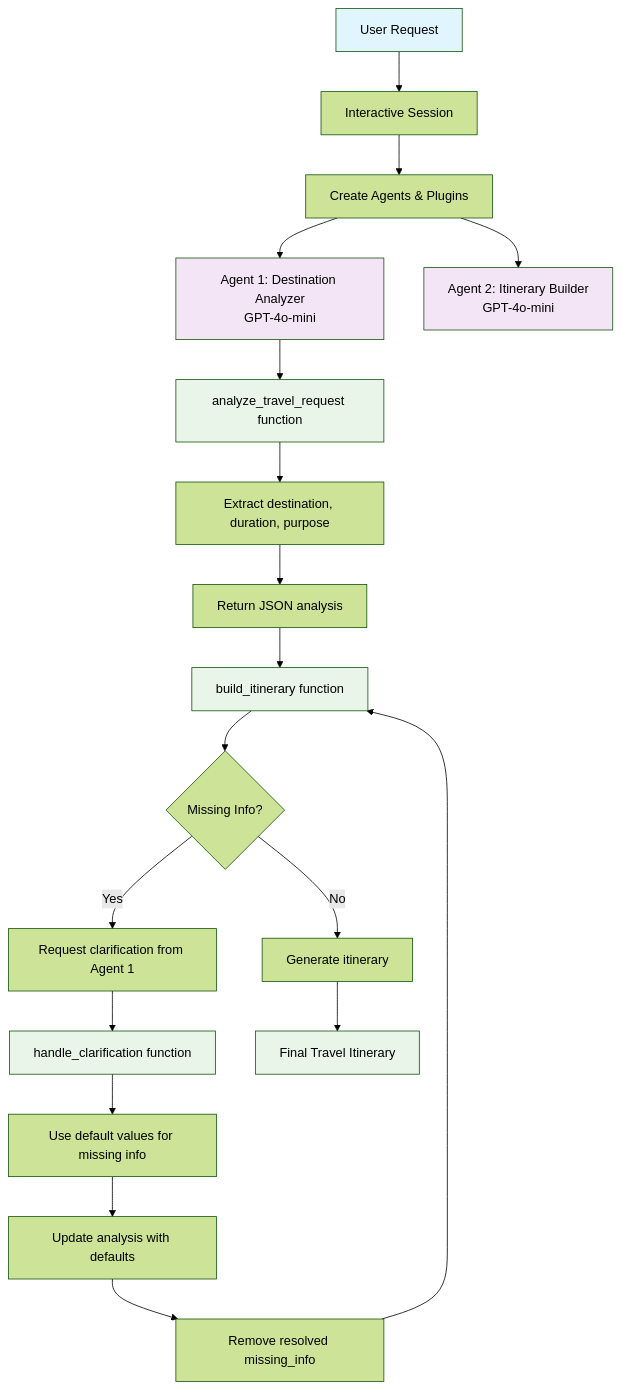
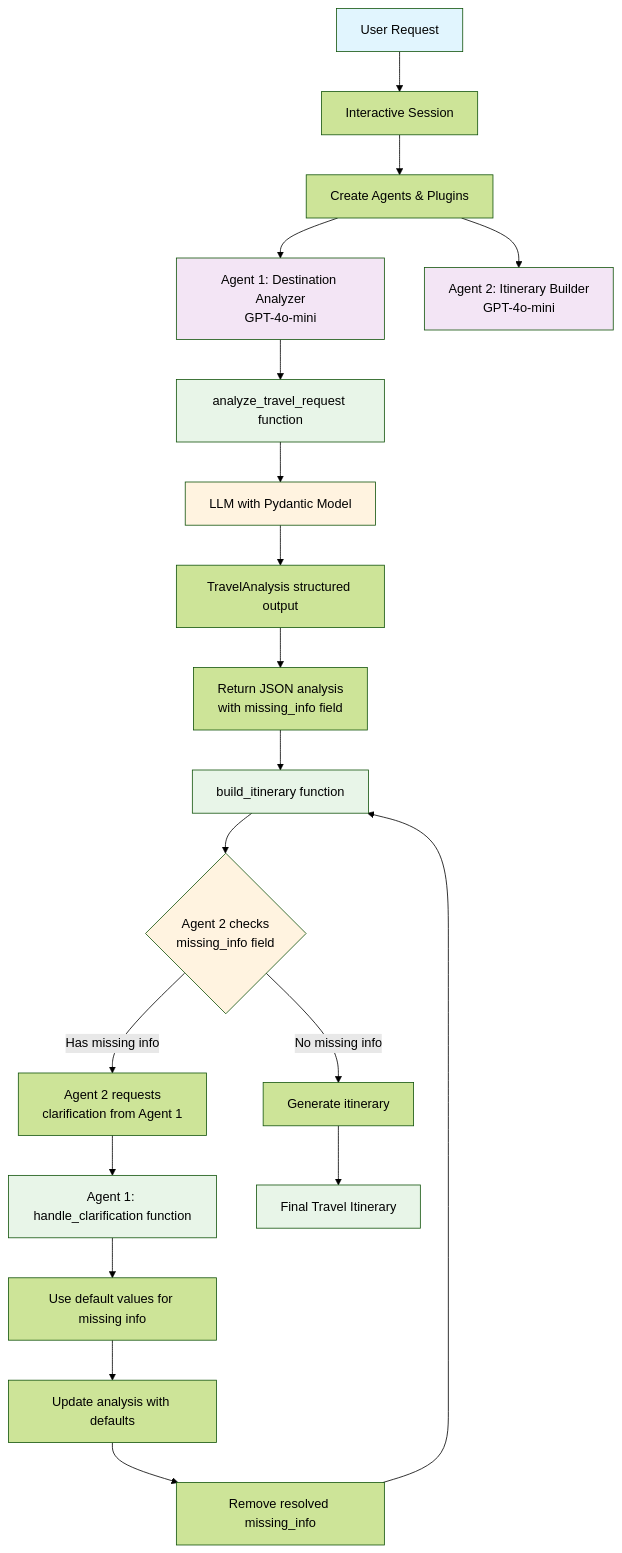
The diagram in README.md (iamask/multi-agent-travel-planner), drawn with Mermaid (forest theme) before and after one commit. The commit also changed other lines of this file and 1 other file, not shown here.

````diff
--- a/README.md
+++ b/README.md
@@ -45,37 +48,40 @@
 ```mermaid
 flowchart TD
     A[User Request] --> B[Interactive Session]
     B --> C[Create Agents & Plugins]
     C --> D[Agent 1: Destination Analyzer<br/>GPT-4o-mini]
     C --> E[Agent 2: Itinerary Builder<br/>GPT-4o-mini]
 
-        %% Agent 1 Flow
+    %% Agent 1 Flow - Analysis Only
     D --> F[analyze_travel_request function]
-    F --> G[Extract destination, duration, purpose]
-    G --> H[Return JSON analysis]
+    F --> G[LLM with Pydantic Model]
+    G --> H[TravelAnalysis structured output]
+    H --> I[Return JSON analysis<br/>with missing_info field]
 
-    %% Agent 2 Flow
-    H --> I[build_itinerary function]
-    I --> J{Missing Info?}
-    J -->|No| K[Generate itinerary]
-    J -->|Yes| L[Request clarification from Agent 1]
+    %% Agent 2 Flow - Missing Info Detection
+    I --> J[build_itinerary function]
+    J --> K{Agent 2 checks<br/>missing_info field}
+    K -->|No missing info| L[Generate itinerary]
+    K -->|Has missing info| M[Agent 2 requests<br/>clarification from Agent 1]
 
     %% Feedback Loop
-    L --> M[handle_clarification function]
-    M --> N[Use default values for missing info]
-    N --> O[Update analysis with defaults]
-    O --> P[Remove resolved missing_info]
-    P --> I
+    M --> N[Agent 1: handle_clarification function]
+    N --> O[Use default values for missing info]
+    O --> P[Update analysis with defaults]
+    P --> Q[Remove resolved missing_info]
+    Q --> J
 
     %% Complete Flow
-    K --> Q[Final Travel Itinerary]
+    L --> R[Final Travel Itinerary]
 
     %% Styling
     style A fill:#e1f5fe
     style D fill:#f3e5f5
     style E fill:#f3e5f5
     style F fill:#e8f5e8
-    style I fill:#e8f5e8
-    style M fill:#e8f5e8
-    style Q fill:#e8f5e8
+    style G fill:#fff3e0
+    style J fill:#e8f5e8
+    style K fill:#fff3e0
+    style N fill:#e8f5e8
+    style R fill:#e8f5e8
 ```
````
